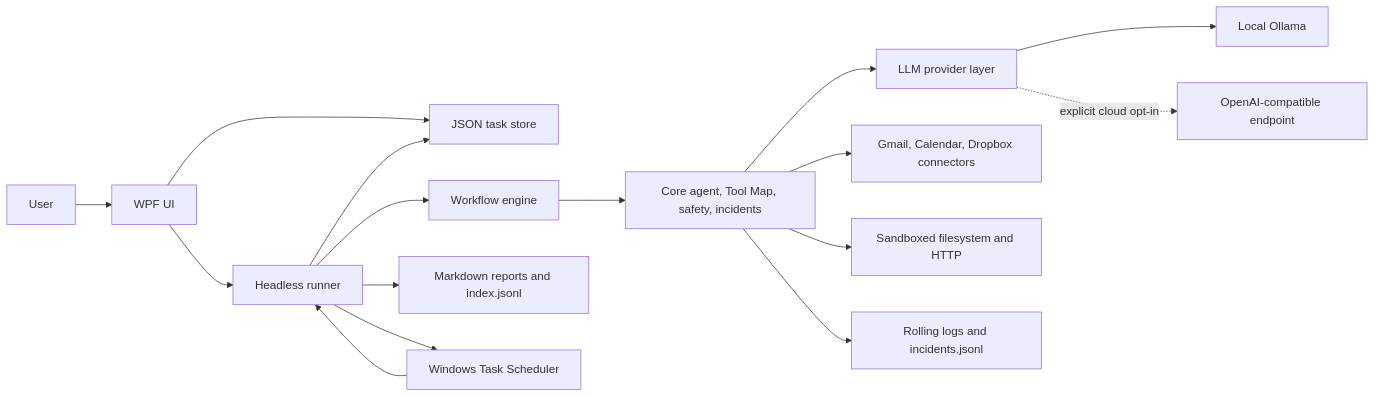
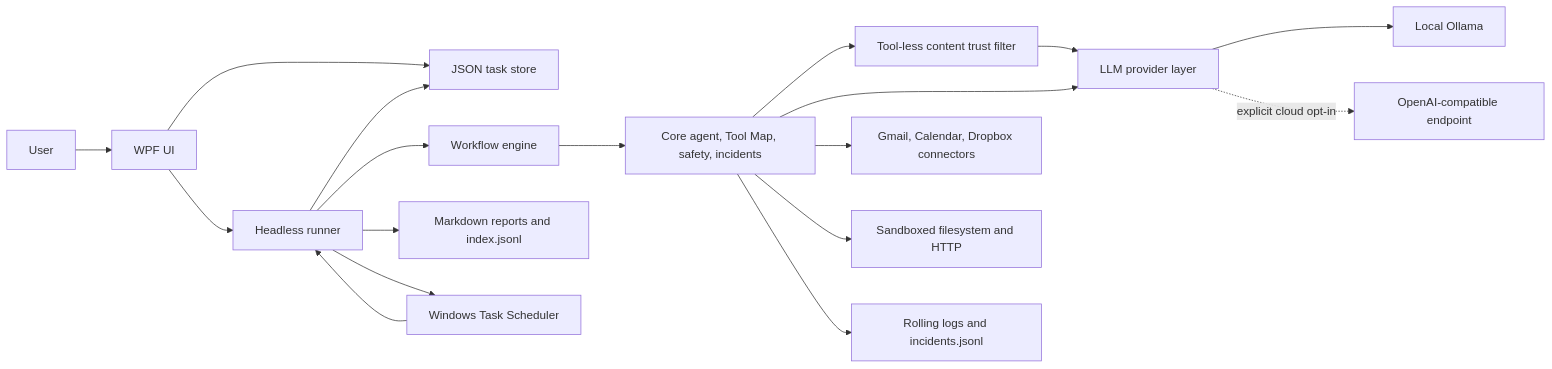
The diagram in README.md (odahan/MyLocalAgent), drawn with Mermaid before and after one commit. The commit also changed other lines of this file and 55 other files, not shown here.

````diff
--- a/README.md
+++ b/README.md
@@ -452,18 +540,20 @@
 ```mermaid
 flowchart LR
     User["User"] --> UI["WPF UI"]
     Scheduler["Windows Task Scheduler"] --> Runner["Headless runner"]
     UI --> Store["JSON task store"]
     UI --> Runner
     Runner --> Store
     Runner --> Workflows["Workflow engine"]
     Workflows --> Core["Core agent, Tool Map, safety, incidents"]
+    Core --> Guardrails["Tool-less content trust filter"]
+    Guardrails --> Llm
     Core --> Llm["LLM provider layer"]
     Llm --> Ollama["Local Ollama"]
     Llm -. explicit cloud opt-in .-> OpenAI["OpenAI-compatible endpoint"]
     Core --> Connectors["Gmail, Calendar, Dropbox connectors"]
     Core --> Files["Sandboxed filesystem and HTTP"]
     Runner --> Reports["Markdown reports and index.jsonl"]
     Core --> Logs["Rolling logs and incidents.jsonl"]
     Runner --> Scheduler
 ```
````
